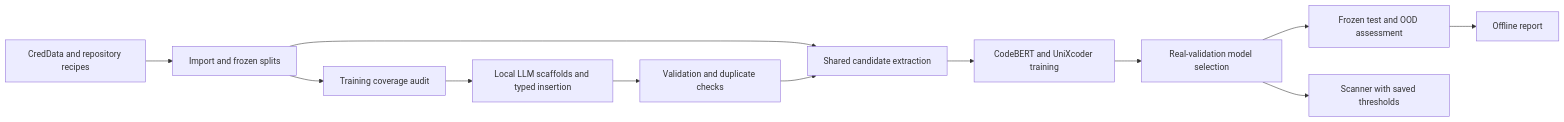
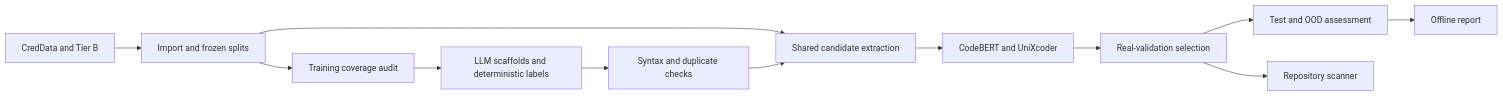
The diagram in README.md (Prashant-900/Secret-Detection), drawn with Mermaid before and after one commit. The commit also changed other lines of this file and 39 other files, not shown here.

````diff
--- a/README.md
+++ b/README.md
@@ -17,14 +9,14 @@
 ```mermaid
 flowchart LR
-    A[CredData and repository recipes] --> B[Import and frozen splits]
+    A[CredData and Tier B] --> B[Import and frozen splits]
     B --> C[Training coverage audit]
-    C --> D[Local LLM scaffolds and typed insertion]
-    D --> E[Validation and duplicate checks]
+    C --> D[LLM scaffolds and deterministic labels]
+    D --> E[Syntax and duplicate checks]
     B --> F[Shared candidate extraction]
     E --> F
-    F --> G[CodeBERT and UniXcoder training]
-    G --> H[Real-validation model selection]
-    H --> I[Frozen test and OOD assessment]
+    F --> G[CodeBERT and UniXcoder]
+    G --> H[Real-validation selection]
+    H --> I[Test and OOD assessment]
     I --> J[Offline report]
-    H --> K[Scanner with saved thresholds]
+    H --> K[Repository scanner]
 ```
````
